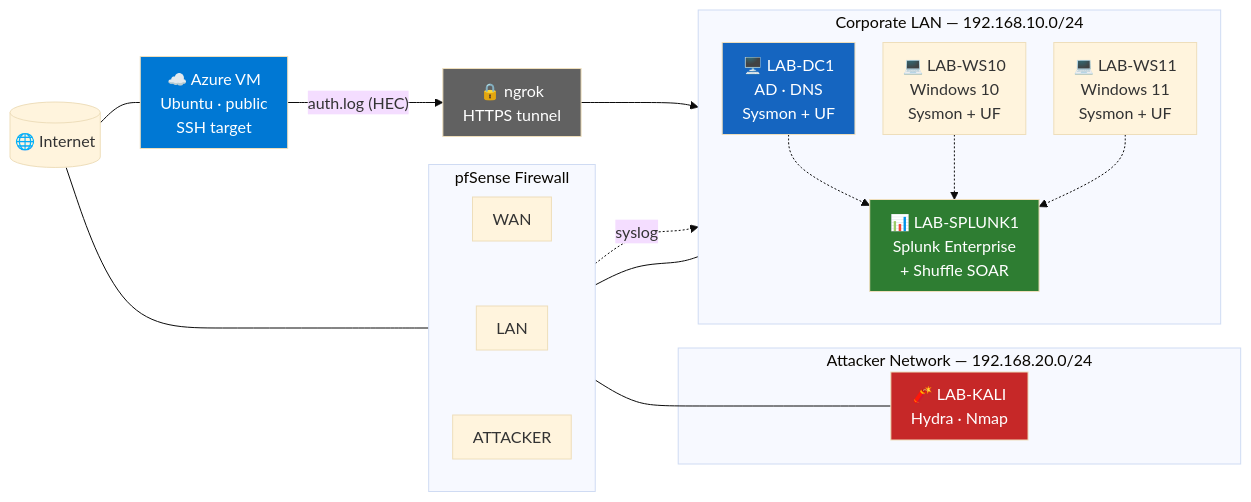
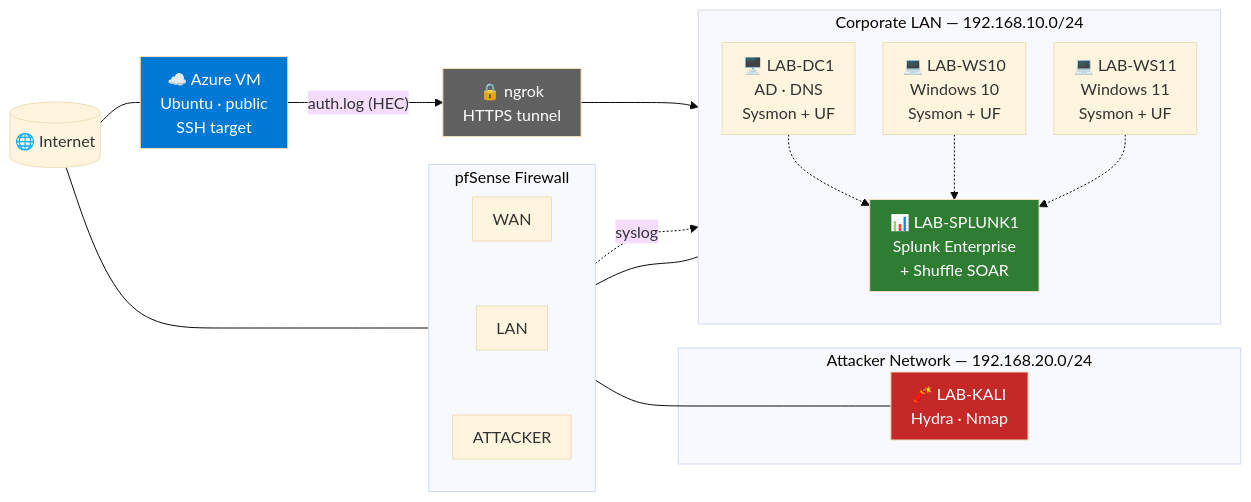
One commit to ahhmedmostafaa/SOC-SIEM-SOAR-HomeLab changed the diagram in README.md. Above: the diagram before and after it, drawn with Mermaid (base theme).

````diff
--- a/README.md
+++ b/README.md
@@ -20,46 +20,45 @@
 ```mermaid
 %%{init: {"flowchart": {"nodeSpacing": 28, "rankSpacing": 40, "padding": 10}}}%%
 flowchart LR
     INET[("🌐 Internet")]
     AZURE["☁️ Azure VM<br/>Ubuntu · public<br/>SSH target"]
     NGROK["🔒 ngrok<br/>HTTPS tunnel"]
 
     subgraph FW["pfSense Firewall"]
         direction TB
         WAN["WAN"]
         LANIF["LAN"]
         OPT["ATTACKER"]
     end
 
     subgraph ATTACKER["Attacker Network — 192.168.20.0/24"]
         KALI["🧨 LAB-KALI<br/>Hydra · Nmap"]
     end
 
     subgraph LAN["Corporate LAN — 192.168.10.0/24"]
         direction TB
         DC["🖥️ LAB-DC1<br/>AD · DNS<br/>Sysmon + UF"]
         WS10["💻 LAB-WS10<br/>Windows 10<br/>Sysmon + UF"]
         WS11["💻 LAB-WS11<br/>Windows 11<br/>Sysmon + UF"]
         SPLUNK["📊 LAB-SPLUNK1<br/>Splunk Enterprise<br/>+ Shuffle SOAR"]
     end
 
     WAN ~~~ LANIF ~~~ OPT
     INET --- AZURE
     INET --- WAN
     AZURE -- "auth.log (HEC)" --> NGROK
     NGROK --> SPLUNK
 
     LANIF --- LAN
     OPT --- KALI
 
     DC -.-> SPLUNK
     WS10 -.-> SPLUNK
     WS11 -.-> SPLUNK
     LANIF -. syslog .-> SPLUNK
 
     style SPLUNK fill:#2e7d32,color:#fff
-    style DC fill:#1565c0,color:#fff
     style KALI fill:#c62828,color:#fff
     style AZURE fill:#0078d4,color:#fff
     style NGROK fill:#616161,color:#fff
 ```
````
